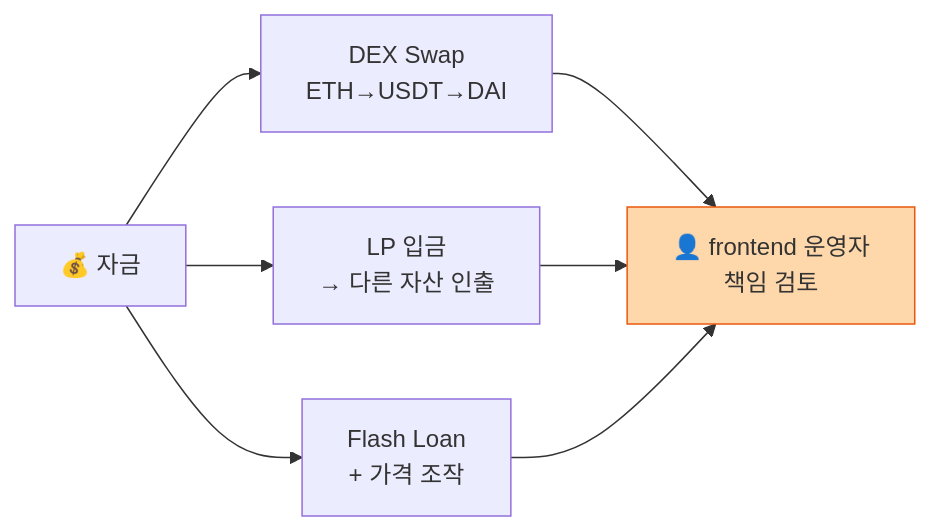
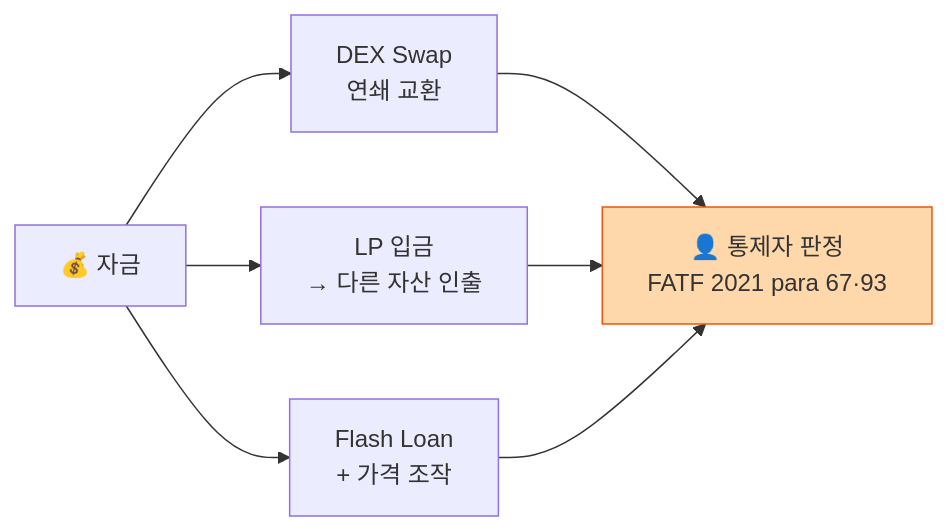
Before and after one commit to lala-david/aml-notes: the first of 2 diagrams in curriculum/day_39.md, drawn with Mermaid. The commit also changed other lines of this file and 233 other files, not shown here.

````diff
--- a/curriculum/day_39.md
+++ b/curriculum/day_39.md
@@ -13,8 +13,8 @@
 ```mermaid
 flowchart LR
-    F["💰 자금"] --> S["DEX Swap<br/>ETH→USDT→DAI"]
+    F["💰 자금"] --> S["DEX Swap<br/>연쇄 교환"]
     F --> LP["LP 입금<br/>→ 다른 자산 인출"]
     F --> FL["Flash Loan<br/>+ 가격 조작"]
-    S & LP & FL --> C["👤 frontend 운영자<br/>책임 검토"]
+    S & LP & FL --> C["👤 통제자 판정<br/>FATF 2021 para 67·93"]
     style C fill:#fed7aa,stroke:#ea580c
 ```
````
